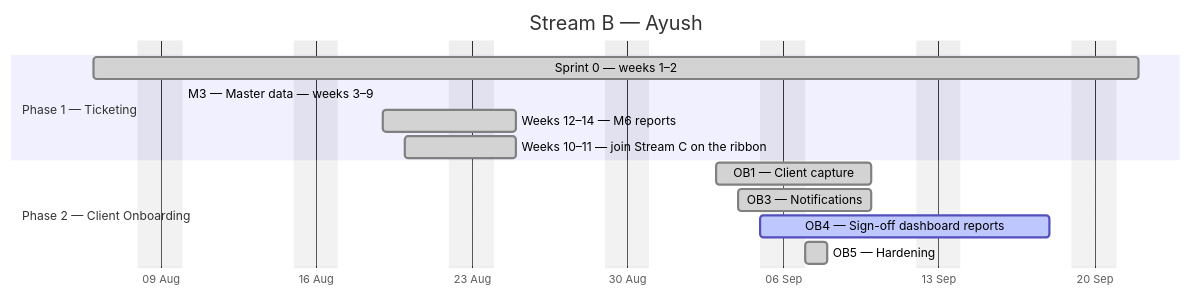
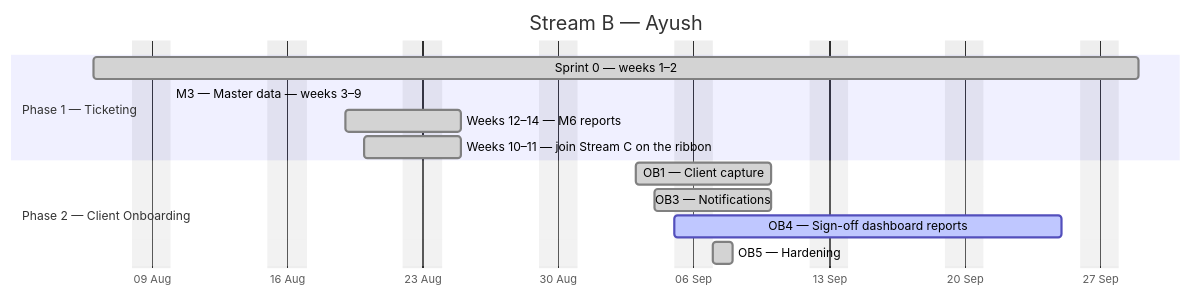
Before and after one commit to debashisedunext/EduTrack: the second of 4 diagrams in docs/plan/GANTT.md, drawn with Mermaid. The commit also changed other lines of this file and 2 other files, not shown here.

````diff
--- a/docs/plan/GANTT.md
+++ b/docs/plan/GANTT.md
@@ -135,17 +135,17 @@
 ```mermaid
 gantt
     dateFormat YYYY-MM-DD
     axisFormat %d %b
     title Stream B — Ayush
     excludes weekends
     section Phase 1 — Ticketing
-    Sprint 0 — weeks 1–2 :done, b0, 2026-08-06, 33d
-    M3 — Master data — weeks 3–9 :done, b1, 2026-08-10, -20d
+    Sprint 0 — weeks 1–2 :done, b0, 2026-08-06, 38d
+    M3 — Master data — weeks 3–9 :done, b1, 2026-08-10, -25d
     Weeks 12–14 — M6 reports :done, b2, 2026-08-19, 4d
     Weeks 10–11 — join Stream C on the ribbon :done, b3, 2026-08-20, 3d
     section Phase 2 — Client Onboarding
     OB1 — Client capture :done, b4, 2026-09-03, 5d
     OB3 — Notifications :done, b5, 2026-09-04, 4d
-    OB4 — Sign-off  dashboard  reports :active, b6, 2026-09-05, 10d
+    OB4 — Sign-off  dashboard  reports :active, b6, 2026-09-05, 15d
     OB5 — Hardening :done, b7, 2026-09-07, 1d
 ```
````
